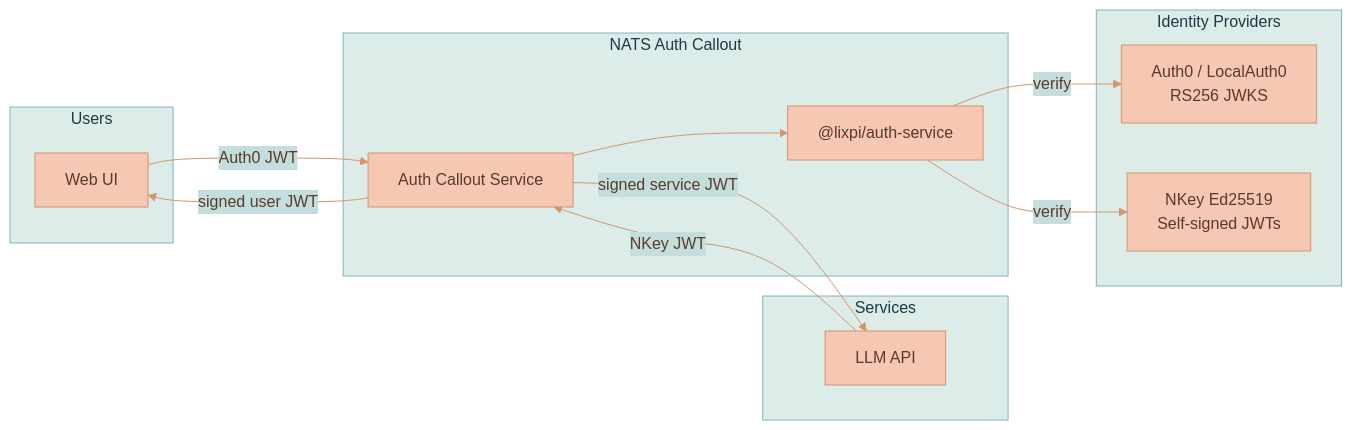
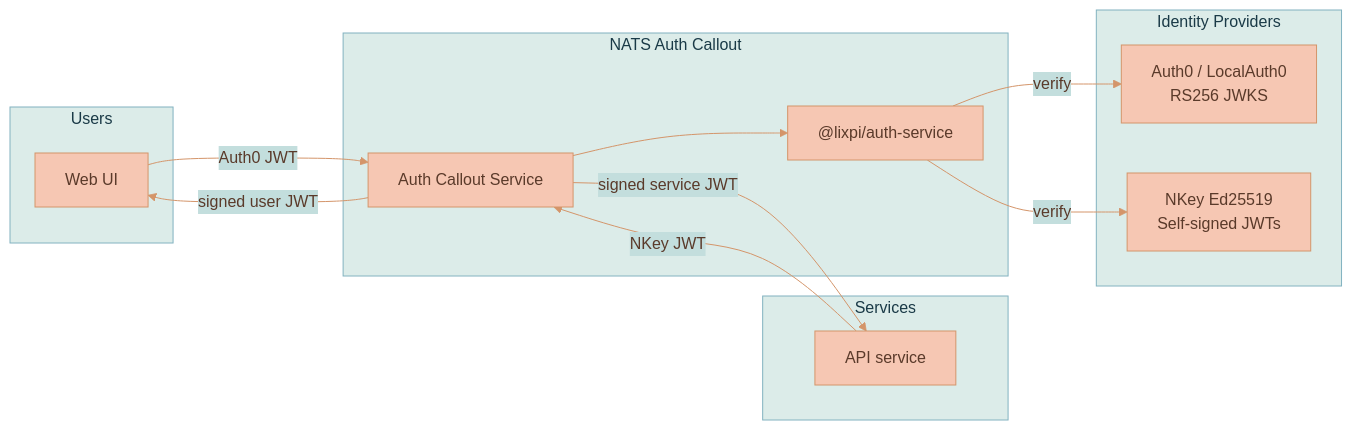
One commit to Lixpi/lixpi changed the seventh of 7 diagrams in documentation/PRODUCT-OVERVIEW.md. Above: the diagram before and after it, drawn with Mermaid. The commit also changed other lines of this file and 13 other files, not shown here.

````diff
--- a/documentation/PRODUCT-OVERVIEW.md
+++ b/documentation/PRODUCT-OVERVIEW.md
@@ -327,29 +336,29 @@
 ```mermaid
 %%{init: {'theme': 'base', 'themeVariables': { 'primaryColor': '#F6C7B3', 'primaryTextColor': '#5a3a2a', 'primaryBorderColor': '#d4956a', 'secondaryColor': '#C3DEDD', 'secondaryTextColor': '#1a3a47', 'secondaryBorderColor': '#4a8a9d', 'tertiaryColor': '#DCECE9', 'tertiaryTextColor': '#1a3a47', 'tertiaryBorderColor': '#82B2C0', 'lineColor': '#d4956a', 'textColor': '#5a3a2a'}}}%%
 graph LR
     subgraph "Users"
         WebUI[Web UI]
     end
 
     subgraph "Services"
-        LLM[LLM API]
+        API[API service]
     end
 
     subgraph "NATS Auth Callout"
         AC[Auth Callout Service]
         AV["@lixpi/auth-service"]
     end
 
     subgraph "Identity Providers"
         Auth0[Auth0 / LocalAuth0<br/>RS256 JWKS]
         NKey[NKey Ed25519<br/>Self-signed JWTs]
     end
 
     WebUI -->|Auth0 JWT| AC
-    LLM -->|NKey JWT| AC
+    API -->|NKey JWT| AC
     AC --> AV
     AV -->|verify| Auth0
     AV -->|verify| NKey
     AC -->|signed user JWT| WebUI
-    AC -->|signed service JWT| LLM
+    AC -->|signed service JWT| API
 ```
````
